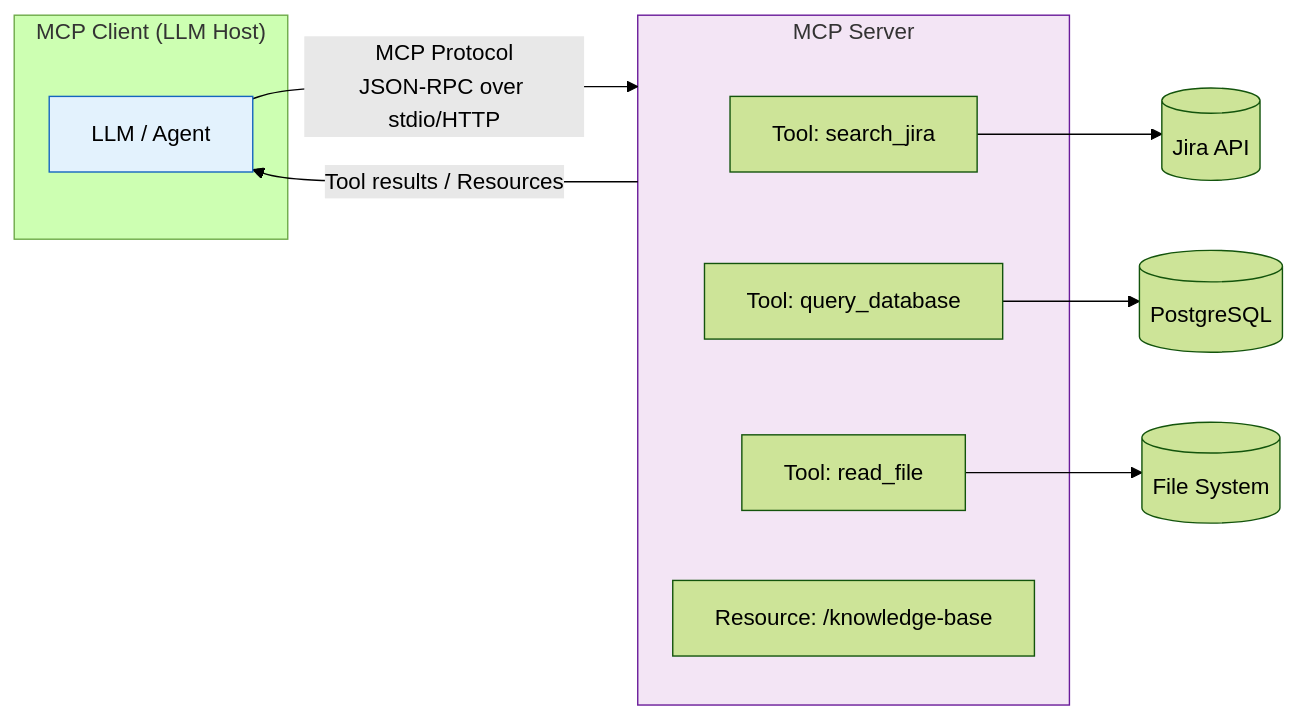
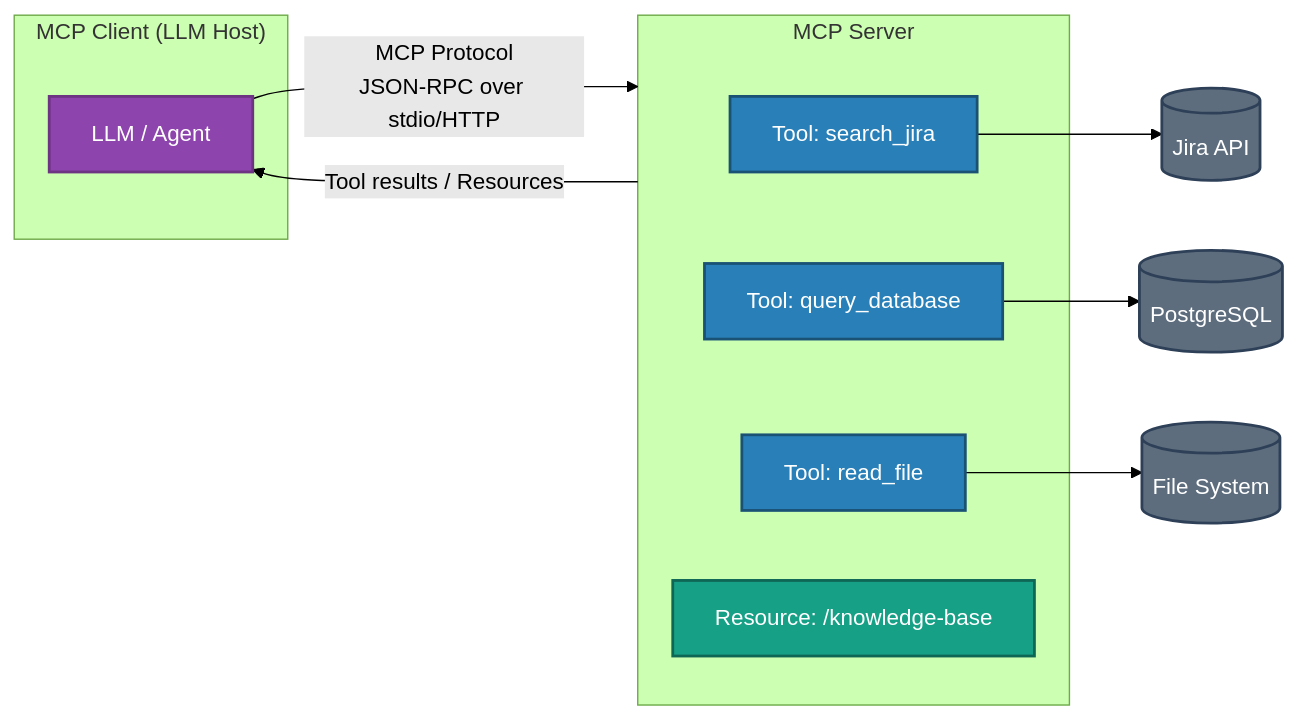
Before and after one commit to GyanendraChaubey/AI-Engineering-Notes: diagram 13 of 24 in docs/17-interview-questions/topic_deep_dive_rag.md, drawn with Mermaid (forest theme). The commit also changed other lines of this file and 74 other files, not shown here.

First line of the commit message:
refactor: split company_wise_interviews.md into 72 individual interview files + fix mermaid colors

````diff
--- a/docs/17-interview-questions/topic_deep_dive_rag.md
+++ b/docs/17-interview-questions/topic_deep_dive_rag.md
@@ -541,22 +610,28 @@
 ```mermaid
 graph LR
     subgraph CLIENT["MCP Client (LLM Host)"]
         LLM[LLM / Agent]
     end
 
     subgraph SERVER["MCP Server"]
         T1[Tool: search_jira]
         T2[Tool: query_database]
         T3[Tool: read_file]
         R1[Resource: /knowledge-base]
     end
 
     LLM -->|"MCP Protocol\nJSON-RPC over stdio/HTTP"| SERVER
     SERVER -->|"Tool results / Resources"| LLM
     T1 --> JIRA[(Jira API)]
     T2 --> DB[(PostgreSQL)]
     T3 --> FS[(File System)]
 
-    style LLM fill:#e3f2fd,stroke:#1565c0
-    style SERVER fill:#f3e5f5,stroke:#6a1b9a
+    style LLM fill:#8E44AD,stroke:#6C3483,stroke-width:2px,color:#FFFFFF
+    style T1 fill:#2980B9,stroke:#1A5276,stroke-width:2px,color:#FFFFFF
+    style T2 fill:#2980B9,stroke:#1A5276,stroke-width:2px,color:#FFFFFF
+    style T3 fill:#2980B9,stroke:#1A5276,stroke-width:2px,color:#FFFFFF
+    style R1 fill:#16A085,stroke:#0E6655,stroke-width:2px,color:#FFFFFF
+    style JIRA fill:#5D6D7E,stroke:#2E4057,stroke-width:2px,color:#FFFFFF
+    style DB fill:#5D6D7E,stroke:#2E4057,stroke-width:2px,color:#FFFFFF
+    style FS fill:#5D6D7E,stroke:#2E4057,stroke-width:2px,color:#FFFFFF
 ```
````
